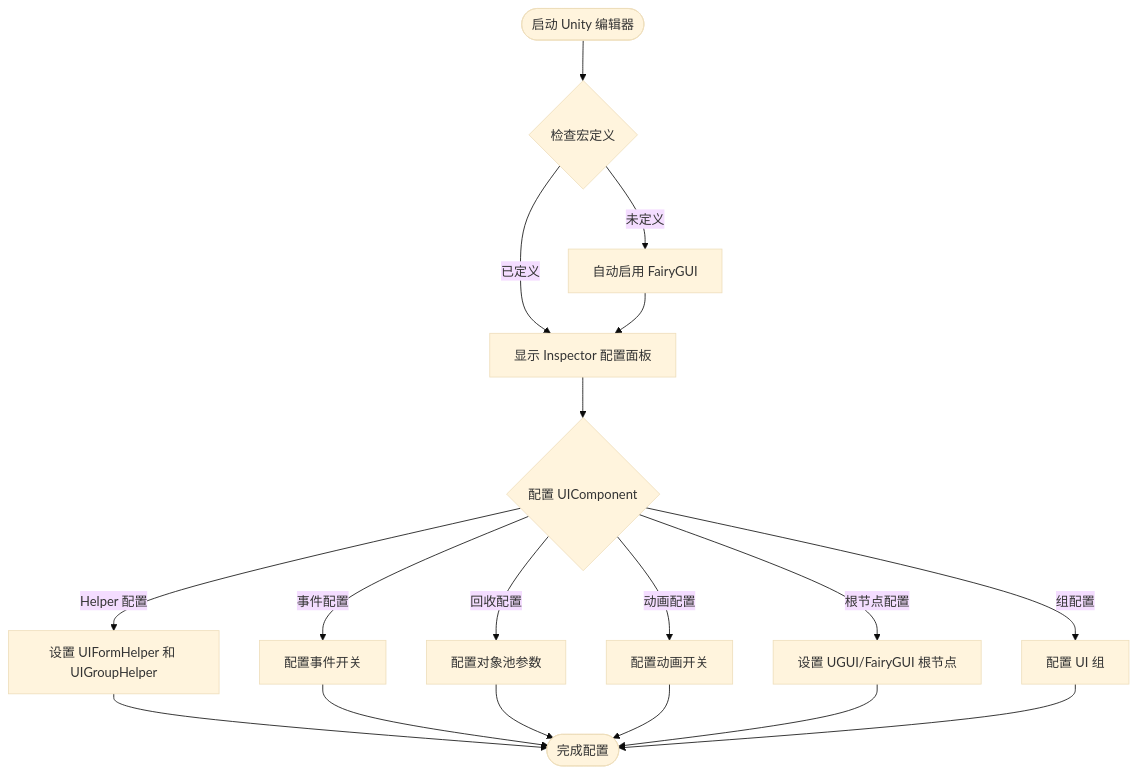
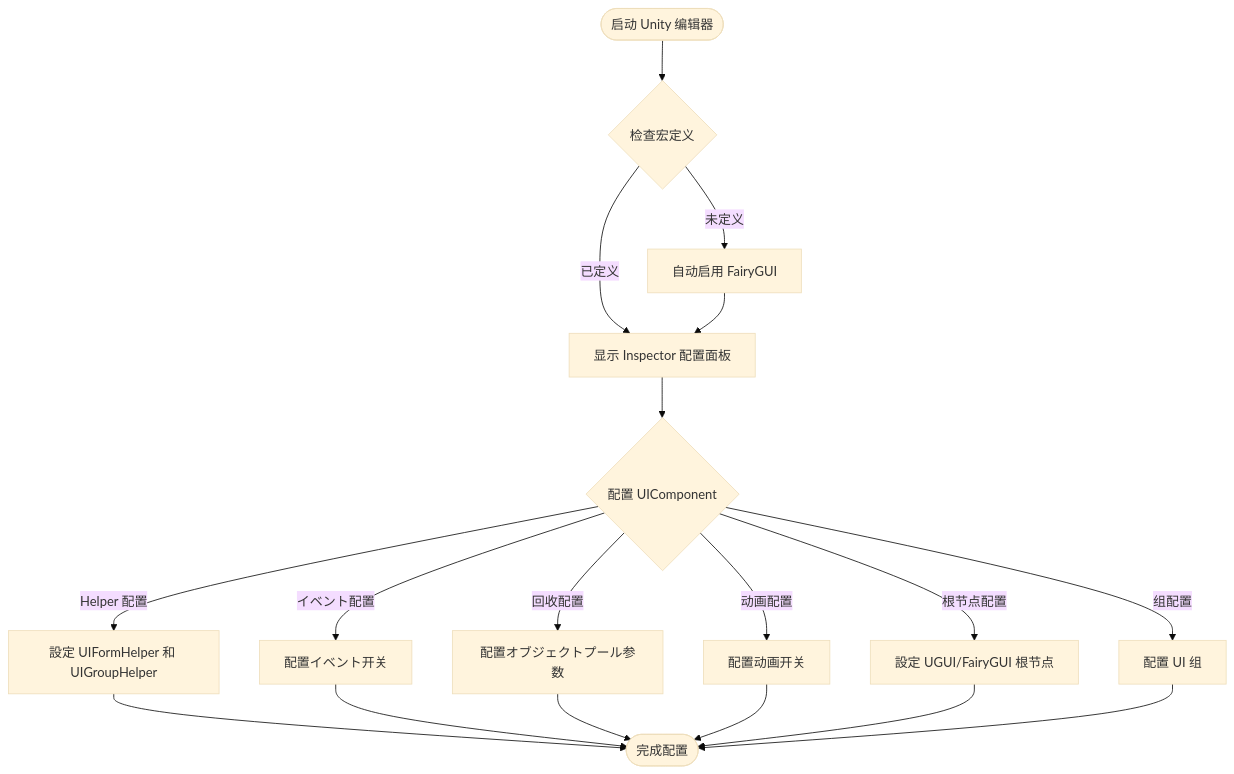
One commit to AlianBlank/GameFrameX.Docs changed the second of 2 diagrams in docs/ja/client/unity/component/ui/15.editor-config.md. Above: the diagram before and after it, drawn with Mermaid (base theme). The commit also changed other lines of this file and 603 other files, not shown here.

````diff
--- a/docs/ja/client/unity/component/ui/15.editor-config.md
+++ b/docs/ja/client/unity/component/ui/15.editor-config.md
@@ -304,24 +304,24 @@
 ```mermaid
 flowchart TD
     Start([启动 Unity 编辑器]) --> Check{检查宏定义}
     
     Check -->|未定义| AutoEnable[自动启用 FairyGUI]
     Check -->|已定义| ShowInspector[显示 Inspector 配置面板]
     
     AutoEnable --> ShowInspector
     
     ShowInspector --> ConfigComponent{配置 UIComponent}
-    ConfigComponent -->|Helper 配置| HelperConfig[设置 UIFormHelper 和 UIGroupHelper]
-    ConfigComponent -->|事件配置| EventConfig[配置事件开关]
-    ConfigComponent -->|回收配置| RecycleConfig[配置对象池参数]
+    ConfigComponent -->|Helper 配置| HelperConfig[設定 UIFormHelper 和 UIGroupHelper]
+    ConfigComponent -->|イベント配置| EventConfig[配置イベント开关]
+    ConfigComponent -->|回收配置| RecycleConfig[配置オブジェクトプール参数]
     ConfigComponent -->|动画配置| AnimationConfig[配置动画开关]
-    ConfigComponent -->|根节点配置| RootConfig[设置 UGUI/FairyGUI 根节点]
+    ConfigComponent -->|根节点配置| RootConfig[設定 UGUI/FairyGUI 根节点]
     ConfigComponent -->|组配置| GroupConfig[配置 UI 组]
     
     HelperConfig --> End([完成配置])
     EventConfig --> End
     RecycleConfig --> End
     AnimationConfig --> End
     RootConfig --> End
     GroupConfig --> End
 ```
````
